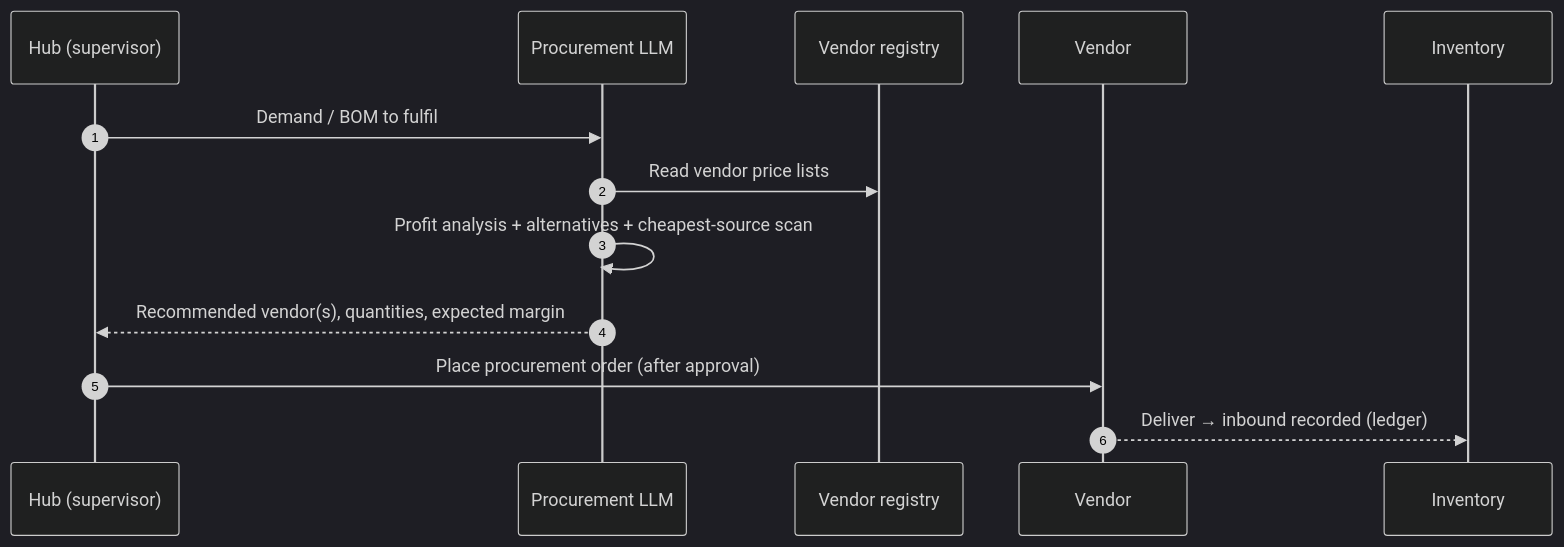
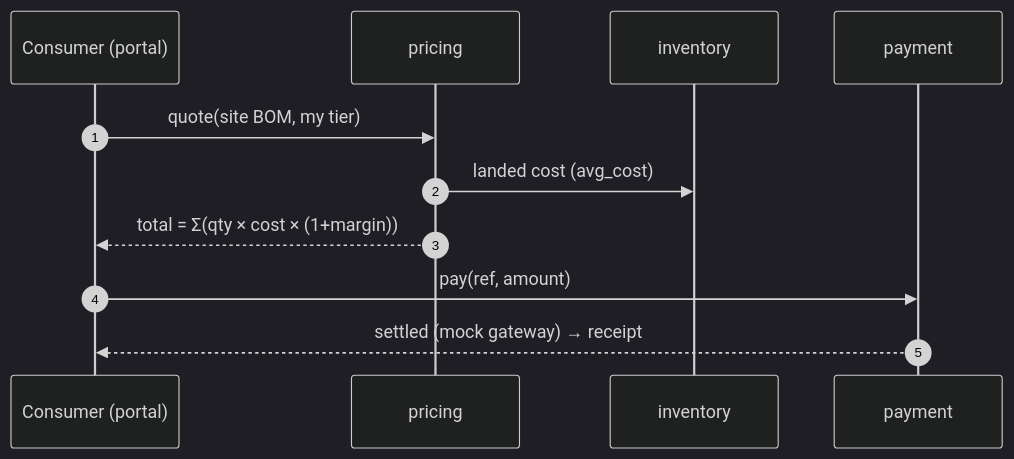
One commit to Tadipartirohith/CONSMAT-AI-V1 changed the fourth of 4 diagrams in docs/HLD.md. Above: the diagram before and after it, drawn with Mermaid (dark theme). The commit also changed other lines of this file and 3 other files, not shown here.

````diff
--- a/docs/HLD.md
+++ b/docs/HLD.md
@@ -235,15 +190,13 @@
 ```mermaid
 sequenceDiagram
     autonumber
-    participant H as Hub (supervisor)
-    participant LLM as Procurement LLM
-    participant REG as Vendor registry
-    participant V as Vendor
-    participant INV as Inventory
-    H->>LLM: Demand / BOM to fulfil
-    LLM->>REG: Read vendor price lists
-    LLM->>LLM: Profit analysis + alternatives + cheapest-source scan
-    LLM-->>H: Recommended vendor(s), quantities, expected margin
-    H->>V: Place procurement order (after approval)
-    V-->>INV: Deliver → inbound recorded (ledger)
+    participant C as Consumer (portal)
+    participant PC as pricing
+    participant INV as inventory
+    participant PAY as payment
+    C->>PC: quote(site BOM, my tier)
+    PC->>INV: landed cost (avg_cost)
+    PC-->>C: total = Σ(qty × cost × (1+margin))
+    C->>PAY: pay(ref, amount)
+    PAY-->>C: settled (mock gateway) → receipt
 ```
````
